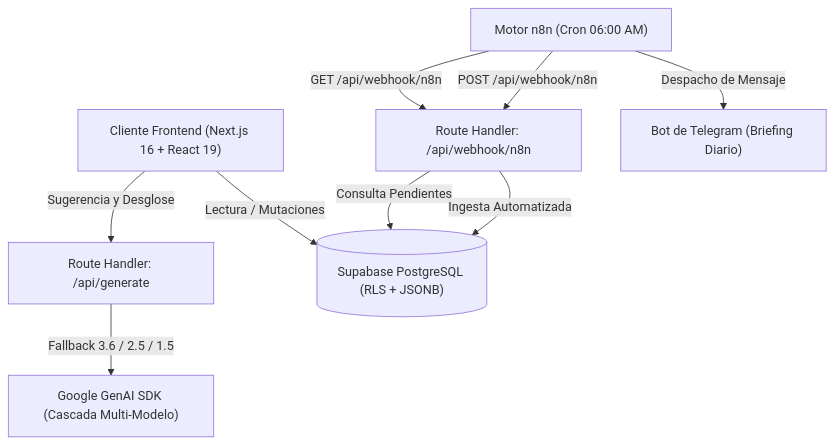
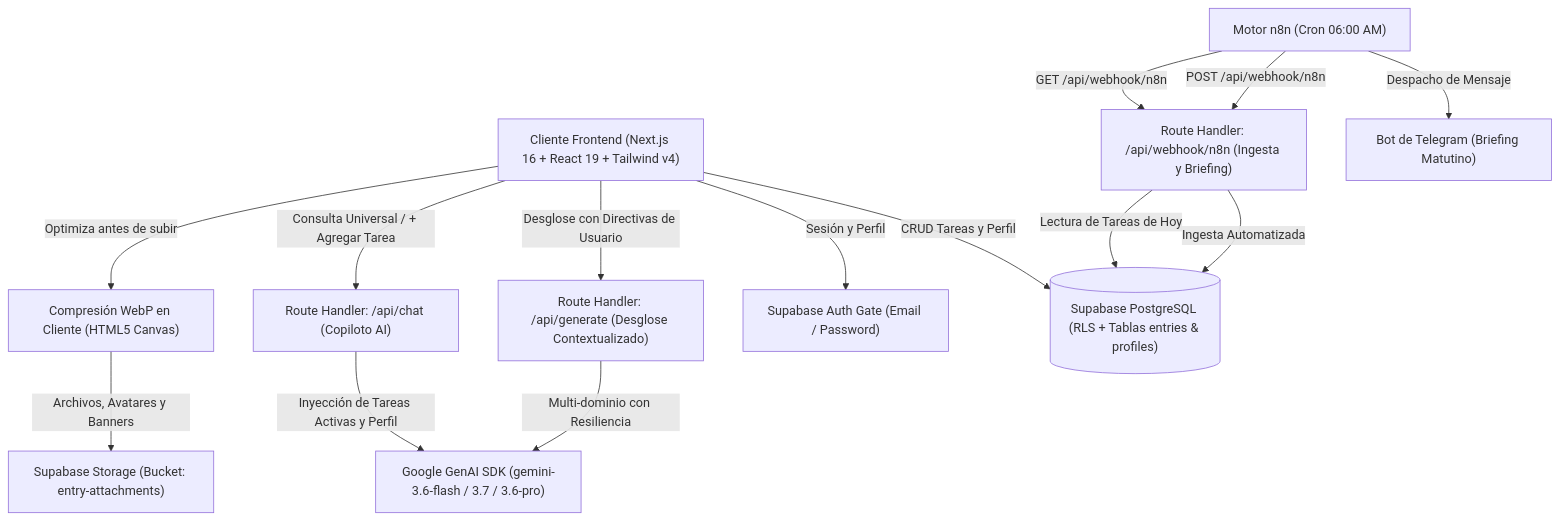
Before and after one commit to GaboInsane6489/MiHogarSeguro: the diagram in README.md, drawn with Mermaid. The commit also changed other lines of this file and 9 other files, not shown here.

````diff
--- a/README.md
+++ b/README.md
@@ -22,19 +22,28 @@
 ```mermaid
 graph TD
-    Client["Cliente Frontend (Next.js 16 + React 19)"]
-    API_Gen["Route Handler: /api/generate"]
-    API_Web["Route Handler: /api/webhook/n8n"]
-    SupaDB[("Supabase PostgreSQL (RLS + JSONB)")]
-    GeminiAPI["Google GenAI SDK (Cascada Multi-Modelo)"]
+    Client["Cliente Frontend (Next.js 16 + React 19 + Tailwind v4)"]
+    Optimizer["Compresión WebP en Cliente (HTML5 Canvas)"]
+    API_Chat["Route Handler: /api/chat (Copiloto AI)"]
+    API_Gen["Route Handler: /api/generate (Desglose Contextualizado)"]
+    API_Web["Route Handler: /api/webhook/n8n (Ingesta y Briefing)"]
+    SupaAuth["Supabase Auth Gate (Email / Password)"]
+    SupaDB[("Supabase PostgreSQL (RLS + Tablas entries & profiles)")]
+    SupaStorage["Supabase Storage (Bucket: entry-attachments)"]
+    GeminiAPI["Google GenAI SDK (gemini-3.6-flash / 3.7 / 3.6-pro)"]
     N8NEngine["Motor n8n (Cron 06:00 AM)"]
-    TelegramBot["Bot de Telegram (Briefing Diario)"]
+    TelegramBot["Bot de Telegram (Briefing Matutino)"]
 
-    Client -->|Lectura / Mutaciones| SupaDB
-    Client -->|Sugerencia y Desglose| API_Gen
-    API_Gen -->|Fallback 3.6 / 2.5 / 1.5| GeminiAPI
+    Client -->|Sesión y Perfil| SupaAuth
+    Client -->|CRUD Tareas y Perfil| SupaDB
+    Client -->|Optimiza antes de subir| Optimizer
+    Optimizer -->|Archivos, Avatares y Banners| SupaStorage
+    Client -->|Consulta Universal / + Agregar Tarea| API_Chat
+    Client -->|Desglose con Directivas de Usuario| API_Gen
+    API_Chat -->|Inyección de Tareas Activas y Perfil| GeminiAPI
+    API_Gen -->|Multi-dominio con Resiliencia| GeminiAPI
     N8NEngine -->|GET /api/webhook/n8n| API_Web
-    API_Web -->|Consulta Pendientes| SupaDB
+    API_Web -->|Lectura de Tareas de Hoy| SupaDB
     N8NEngine -->|Despacho de Mensaje| TelegramBot
     N8NEngine -->|POST /api/webhook/n8n| API_Web
     API_Web -->|Ingesta Automatizada| SupaDB
 ```
````
